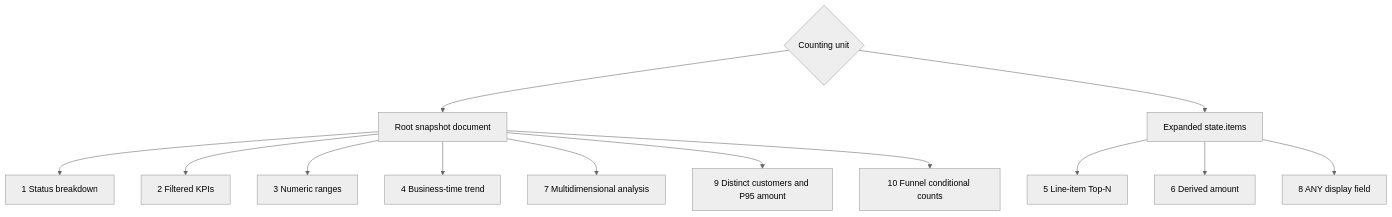
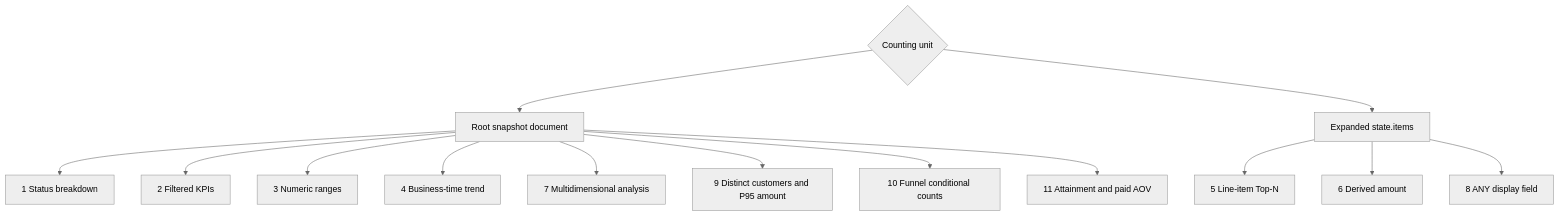
One commit to Ahoo-Wang/Wow changed the diagram in documentation/docs/en/guide/query/snapshot-aggregation.md. Above: the diagram before and after it, drawn with Mermaid (neutral theme). The commit also changed other lines of this file and 25 other files, not shown here.

````diff
--- a/documentation/docs/en/guide/query/snapshot-aggregation.md
+++ b/documentation/docs/en/guide/query/snapshot-aggregation.md
@@ -26,15 +26,16 @@
 ```mermaid
 flowchart TB
     Unit{"Counting unit"} --> Root["Root snapshot document"]
     Unit --> Item["Expanded state.items"]
     Root --> S1["1 Status breakdown"]
     Root --> S2["2 Filtered KPIs"]
     Root --> S3["3 Numeric ranges"]
     Root --> S4["4 Business-time trend"]
     Root --> S7["7 Multidimensional analysis"]
     Root --> S9["9 Distinct customers and P95 amount"]
     Root --> S10["10 Funnel conditional counts"]
+    Root --> S11["11 Attainment and paid AOV"]
     Item --> S5["5 Line-item Top-N"]
     Item --> S6["6 Derived amount"]
     Item --> S8["8 ANY display field"]
 ```
````
